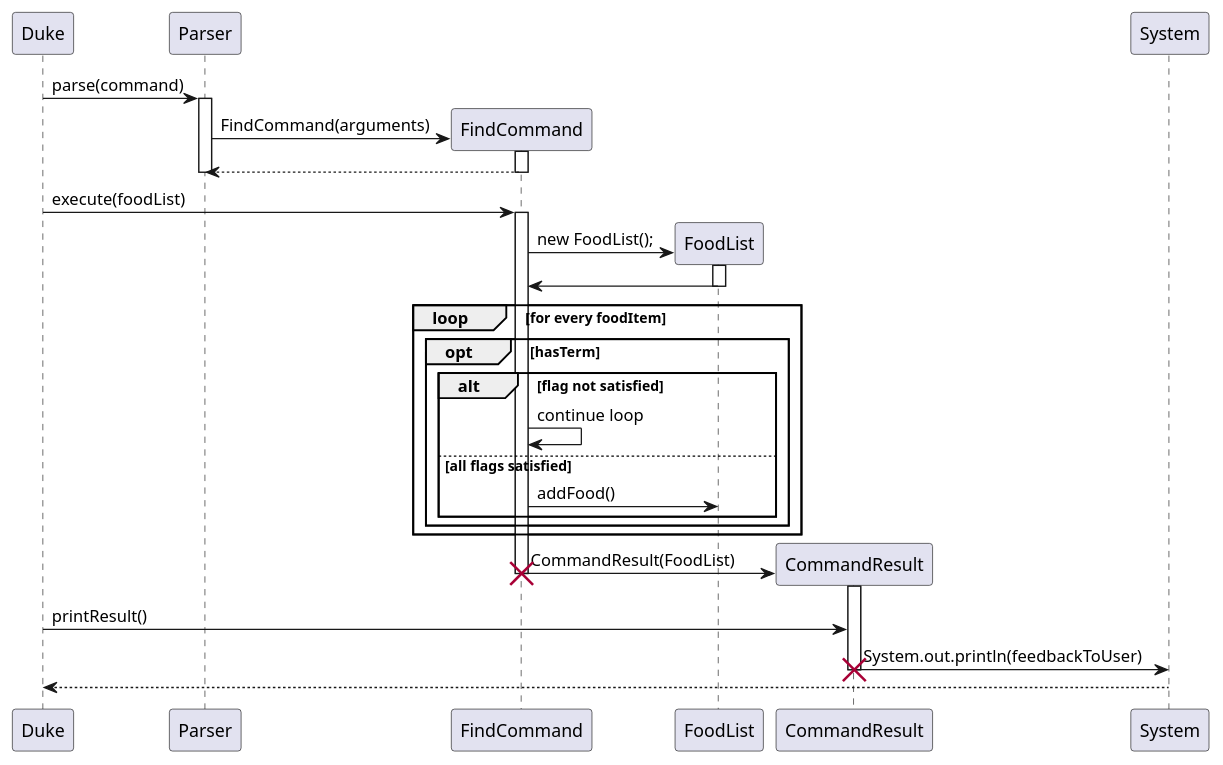
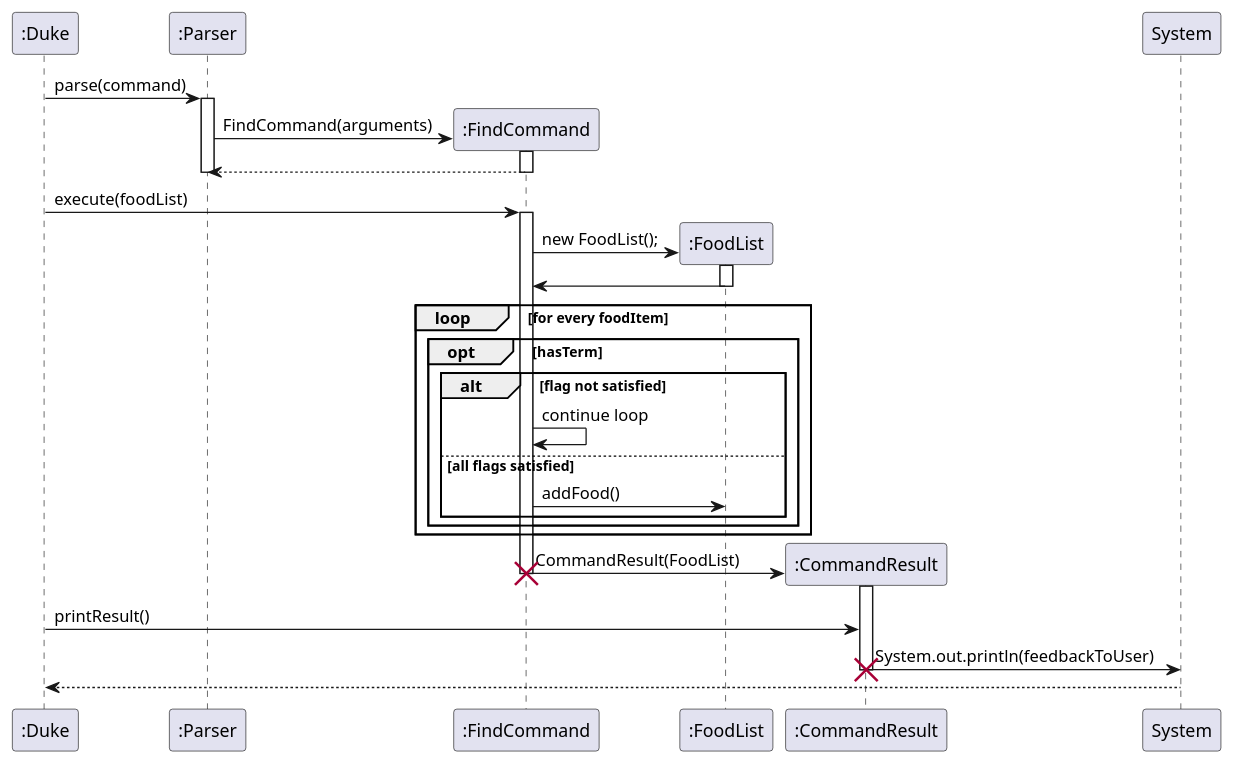
The diagram in docs/puml/FindCommandSequenceDiagram.puml (tsx0314/tp), drawn with PlantUML before and after one commit. The commit also changed 15 other files, not shown here.

Commit message:
Update UML diagram according to TA's comment

```diff
--- a/docs/puml/FindCommandSequenceDiagram.puml
+++ b/docs/puml/FindCommandSequenceDiagram.puml
@@ -1,45 +1,45 @@
 @startuml
 
-Duke -> Parser: parse(command)
-activate Parser
+":Duke" -> ":Parser": parse(command)
+activate ":Parser"
 
-create FindCommand
-FindCommand <- Parser : FindCommand(arguments)
-activate FindCommand
-FindCommand --> Parser
-deactivate FindCommand
-deactivate Parser
+create ":FindCommand"
+":FindCommand" <- ":Parser" : FindCommand(arguments)
+activate ":FindCommand"
+":FindCommand" --> ":Parser"
+deactivate ":FindCommand"
+deactivate ":Parser"
 
-Duke -> FindCommand : execute(foodList)
-activate FindCommand
+":Duke" -> ":FindCommand" : execute(foodList)
+activate ":FindCommand"
 
-create FoodList as Result
-FindCommand -> Result: new FoodList();
+create ":FoodList" as Result
+":FindCommand" -> Result: new FoodList();
 activate Result
-Result -> FindCommand
+Result -> ":FindCommand"
 deactivate Result
 
 loop for every foodItem
     opt hasTerm
         alt flag not satisfied
-             FindCommand -> FindCommand: continue loop
+             ":FindCommand" -> ":FindCommand": continue loop
         else all flags satisfied
-            FindCommand -> Result: addFood()
+            ":FindCommand" -> Result: addFood()
         end
     end
 end
 
 
-create CommandResult
-FindCommand -> CommandResult : CommandResult(FoodList)
-activate CommandResult
-deactivate FindCommand
-destroy FindCommand
+create ":CommandResult"
+":FindCommand" -> ":CommandResult" : CommandResult(FoodList)
+activate ":CommandResult"
+deactivate ":FindCommand"
+destroy ":FindCommand"
 
-Duke -> CommandResult: printResult()
-CommandResult->System: System.out.println(feedbackToUser)
-deactivate CommandResult
-destroy CommandResult
+":Duke" -> ":CommandResult": printResult()
+":CommandResult"->System: System.out.println(feedbackToUser)
+deactivate ":CommandResult"
+destroy ":CommandResult"
 
-System --> Duke
+System --> ":Duke"
 @enduml
```
